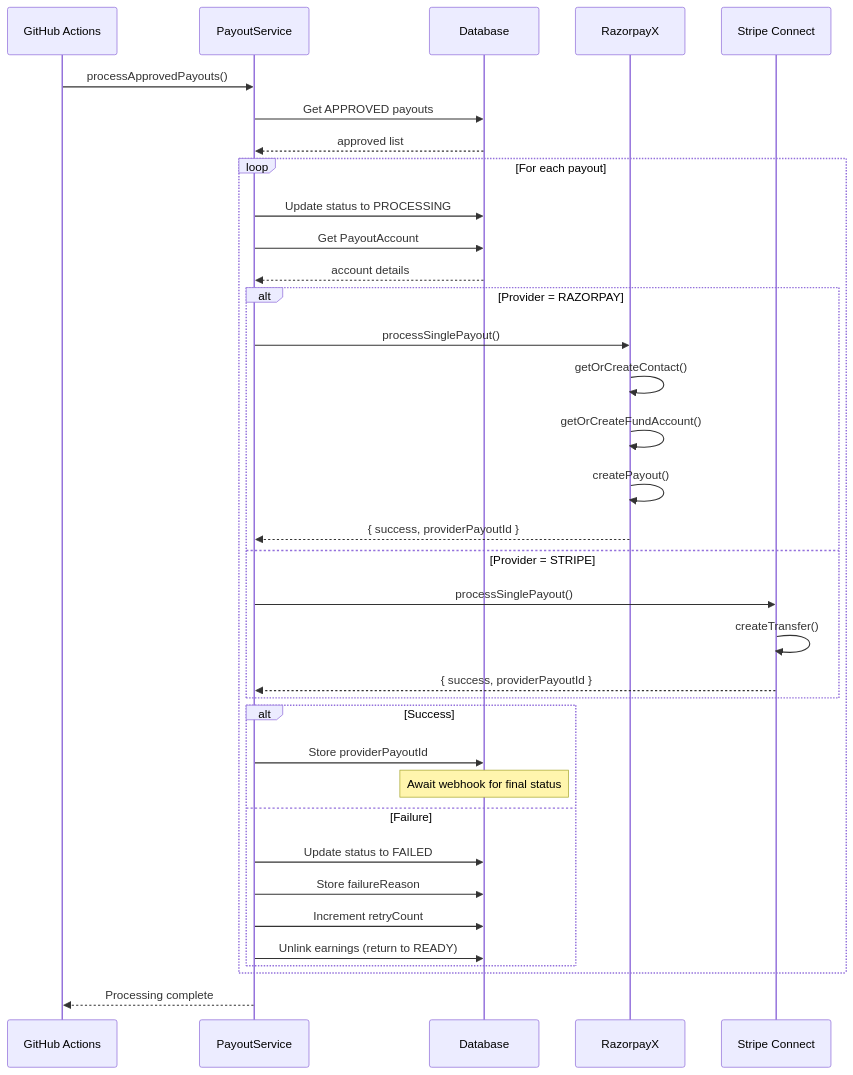
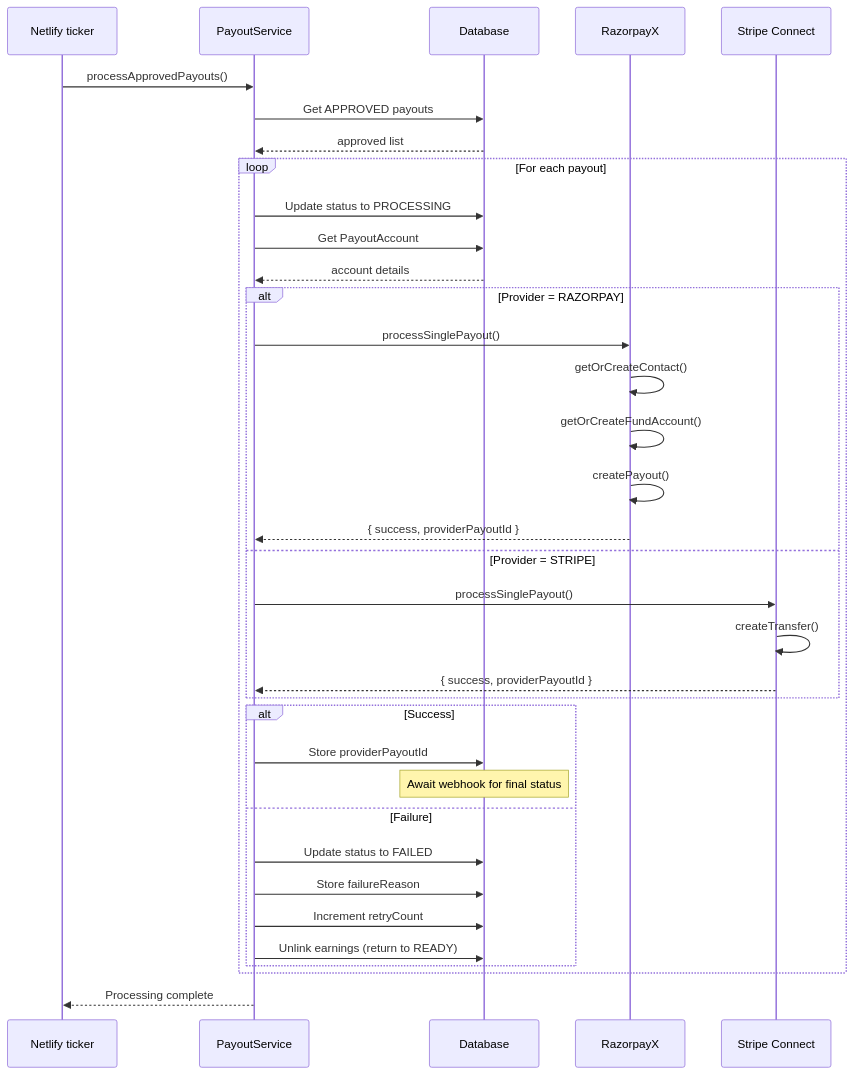
Before and after one commit to Practitionist/familiarise_web: the fifth of 9 diagrams in docs/payments/payouts/03-payout-processing.md, drawn with Mermaid. The commit also changed other lines of this file and 34 other files, not shown here.

````diff
--- a/docs/payments/payouts/03-payout-processing.md
+++ b/docs/payments/payouts/03-payout-processing.md
@@ -214,42 +224,42 @@
 ```mermaid
 sequenceDiagram
-    participant GH as GitHub Actions
+    participant GH as Netlify ticker
     participant PS as PayoutService
     participant DB as Database
     participant RX as RazorpayX
     participant SC as Stripe Connect
 
     GH->>PS: processApprovedPayouts()
     PS->>DB: Get APPROVED payouts
     DB-->>PS: approved list
 
     loop For each payout
         PS->>DB: Update status to PROCESSING
         PS->>DB: Get PayoutAccount
         DB-->>PS: account details
 
         alt Provider = RAZORPAY
             PS->>RX: processSinglePayout()
             RX->>RX: getOrCreateContact()
             RX->>RX: getOrCreateFundAccount()
             RX->>RX: createPayout()
             RX-->>PS: { success, providerPayoutId }
         else Provider = STRIPE
             PS->>SC: processSinglePayout()
             SC->>SC: createTransfer()
             SC-->>PS: { success, providerPayoutId }
         end
 
         alt Success
             PS->>DB: Store providerPayoutId
             Note over DB: Await webhook for final status
         else Failure
             PS->>DB: Update status to FAILED
             PS->>DB: Store failureReason
             PS->>DB: Increment retryCount
             PS->>DB: Unlink earnings (return to READY)
         end
     end
 
     PS-->>GH: Processing complete
 ```
````
